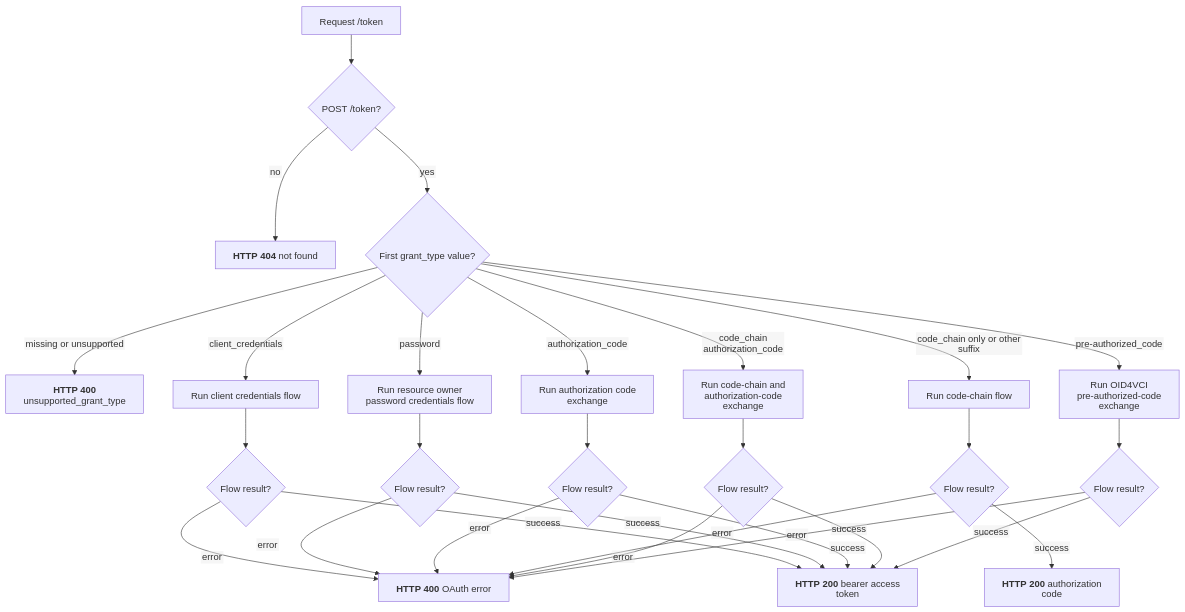
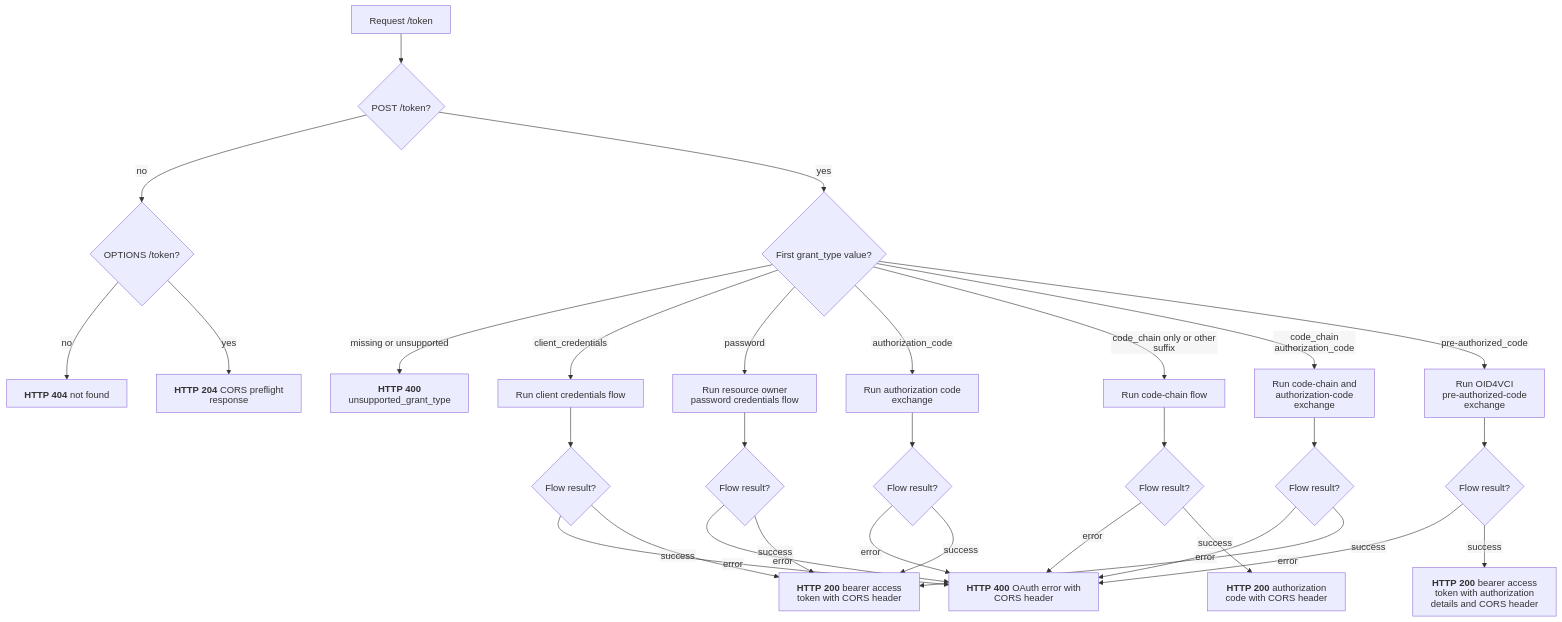
Before and after one commit to malach-it/kagome: the diagram in docs/flows/oauth/token_endpoint.mmd, drawn with Mermaid. The commit also changed 21 other files, not shown here.

```diff
--- a/docs/flows/oauth/token_endpoint.mmd
+++ b/docs/flows/oauth/token_endpoint.mmd
@@ -1,30 +1,32 @@
 %%{init: {"htmlLabels": false, "flowchart": {"htmlLabels": false}}}%%
 flowchart TD
     start[Request /token] --> route{POST /token?}
-    route -- no --> not_found["`**HTTP 404** not found`"]
+    route -- no --> preflight{OPTIONS /token?}
+    preflight -- no --> not_found["`**HTTP 404** not found`"]
+    preflight -- yes --> preflight_success["`**HTTP 204** CORS preflight response`"]
     route -- yes --> grant{First grant_type value?}
     grant -- missing or unsupported --> unsupported["`**HTTP 400** unsupported_grant_type`"]
     grant -- client_credentials --> client_flow[Run client credentials flow]
     grant -- password --> password_flow[Run resource owner password credentials flow]
     grant -- authorization_code --> auth_code_flow[Run authorization code exchange]
     grant -- code_chain only or other suffix --> chain_flow[Run code-chain flow]
     grant -- code_chain authorization_code --> combined_flow[Run code-chain and authorization-code exchange]
     grant -- pre-authorized_code --> pre_authorized_flow[Run OID4VCI pre-authorized-code exchange]
     client_flow --> client_result{Flow result?}
     password_flow --> password_result{Flow result?}
     auth_code_flow --> auth_result{Flow result?}
     chain_flow --> chain_result{Flow result?}
     combined_flow --> combined_result{Flow result?}
     pre_authorized_flow --> pre_authorized_result{Flow result?}
-    client_result -- error --> oauth_error["`**HTTP 400** OAuth error`"]
+    client_result -- error --> oauth_error["`**HTTP 400** OAuth error with CORS header`"]
     password_result -- error --> oauth_error
     auth_result -- error --> oauth_error
     chain_result -- error --> oauth_error
     combined_result -- error --> oauth_error
     pre_authorized_result -- error --> oauth_error
-    client_result -- success --> access_success["`**HTTP 200** bearer access token`"]
+    client_result -- success --> access_success["`**HTTP 200** bearer access token with CORS header`"]
     password_result -- success --> access_success
     auth_result -- success --> access_success
-    chain_result -- success --> code_success["`**HTTP 200** authorization code`"]
+    chain_result -- success --> code_success["`**HTTP 200** authorization code with CORS header`"]
     combined_result -- success --> access_success
-    pre_authorized_result -- success --> access_success
+    pre_authorized_result -- success --> credential_access_success["`**HTTP 200** bearer access token with authorization details and CORS header`"]
```
